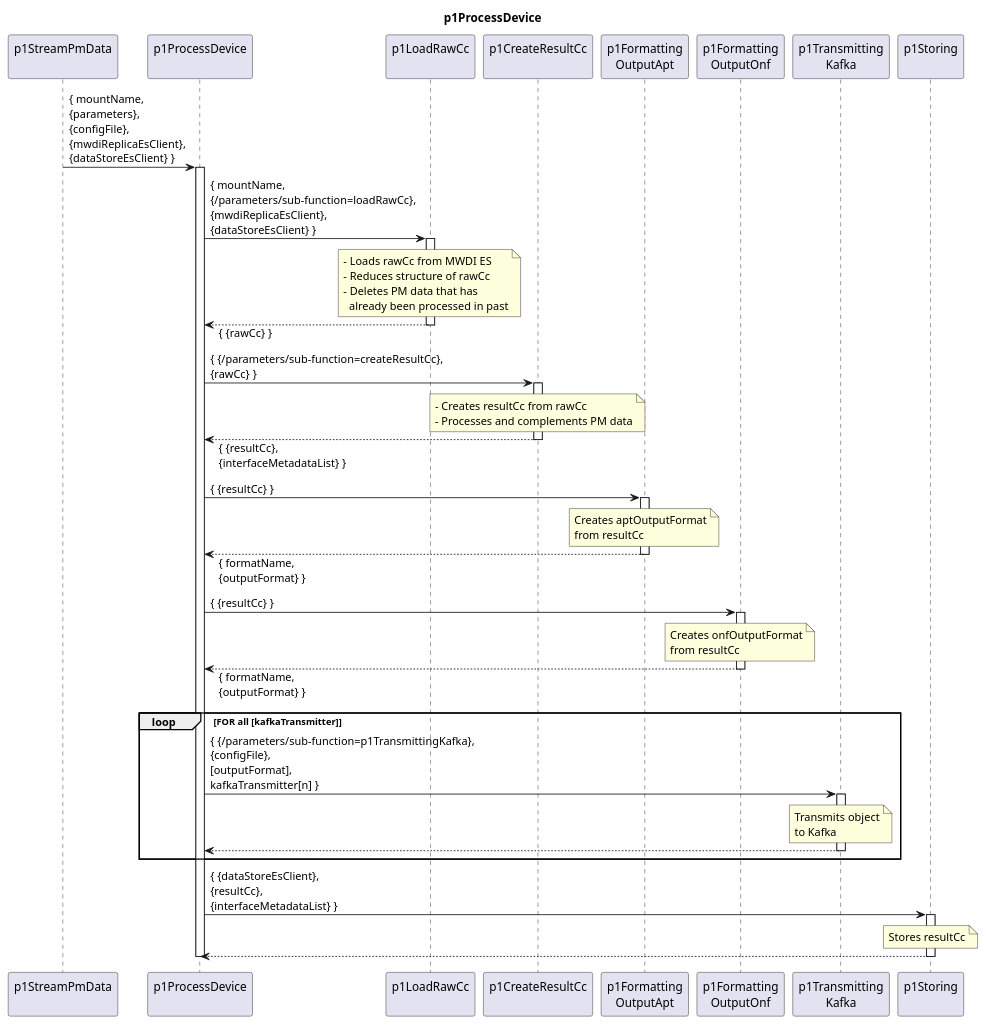
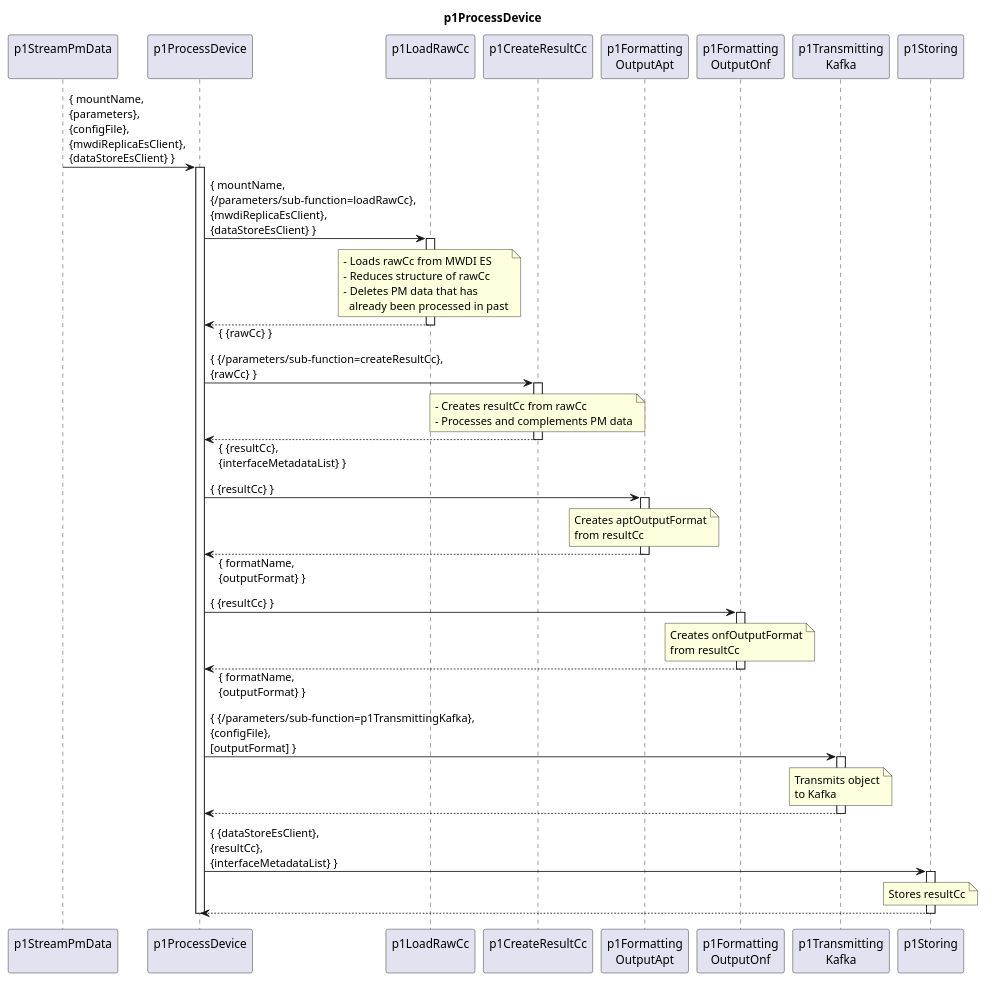
Before and after one commit to openBackhaul/DevicePerformanceManagementDataProcessor: the diagram in spec/Functions/p1StreamPmData/p1ProcessDevice/1.0.0/p1ProcessDevice.plantuml, drawn with PlantUML. The commit also changed 15 other files, not shown here.

```diff
--- a/spec/Functions/p1StreamPmData/p1ProcessDevice/1.0.0/p1ProcessDevice.plantuml
+++ b/spec/Functions/p1StreamPmData/p1ProcessDevice/1.0.0/p1ProcessDevice.plantuml
@@ -1,94 +1,90 @@
 @startuml p1ProcessDevice
 skinparam responseMessageBelowArrow true
 
 title
   p1ProcessDevice
 end title
 
 participant "p1StreamPmData\n" as requestor
 participant "p1ProcessDevice\n" as p1ProOrch
 participant "p1LoadRawCc\n" as p1AddRaw
 participant "p1CreateResultCc\n" as p1CRC
 participant "p1Formatting\nOutputApt" as p1OutputApt
 participant "p1Formatting\nOutputOnf" as p1OutputOnf
 participant "p1Transmitting\nKafka" as p1Trans
 participant "p1Storing\n" as p1Store
 
 
 requestor -> p1ProOrch : { mountName,\n{parameters},\n{configFile},\n{mwdiReplicaEsClient},\n{dataStoreEsClient} }
 activate p1ProOrch
 
   p1ProOrch -> p1AddRaw : { mountName,\n{/parameters/sub-function=loadRawCc},\n{mwdiReplicaEsClient},\n{dataStoreEsClient} }
   activate p1AddRaw
 
     note over p1AddRaw
       - Loads rawCc from MWDI ES
       - Reduces structure of rawCc
       - Deletes PM data that has
         already been processed in past
     end note
 
   p1ProOrch <-- p1AddRaw : { {rawCc} }
   deactivate p1AddRaw
 
   p1ProOrch -> p1CRC : { {/parameters/sub-function=createResultCc},\n{rawCc} }
   activate p1CRC
 
     note over p1CRC
       - Creates resultCc from rawCc
       - Processes and complements PM data
     end note
 
   p1ProOrch <-- p1CRC :  { {resultCc},\n{interfaceMetadataList} }
   deactivate p1CRC
 
   p1ProOrch -> p1OutputApt : { {resultCc} }
   activate p1OutputApt
 
     note over p1OutputApt
       Creates aptOutputFormat
       from resultCc
     end note
 
   p1ProOrch <-- p1OutputApt : { formatName,\n{outputFormat} }
   deactivate p1OutputApt
 
   p1ProOrch -> p1OutputOnf : { {resultCc} }
   activate p1OutputOnf
 
     note over p1OutputOnf
       Creates onfOutputFormat
       from resultCc
     end note
 
   p1ProOrch <-- p1OutputOnf : { formatName,\n{outputFormat} }
   deactivate p1OutputOnf
 
-  loop FOR all [kafkaTransmitter]
+  p1ProOrch -> p1Trans : { {/parameters/sub-function=p1TransmittingKafka},\n{configFile},\n[outputFormat] }
+  activate p1Trans
 
-    p1ProOrch -> p1Trans : { {/parameters/sub-function=p1TransmittingKafka},\n{configFile},\n[outputFormat],\nkafkaTransmitter[n] }
-    activate p1Trans
+    note over p1Trans
+      Transmits object
+      to Kafka
+    end note
 
-      note over p1Trans
-        Transmits object
-        to Kafka
-      end note
-
-    p1ProOrch <-- p1Trans
-    deactivate p1Trans
-
-  end loop
+  p1ProOrch <-- p1Trans
+  deactivate p1Trans
 
   p1ProOrch -> p1Store : { {dataStoreEsClient},\n{resultCc},\n{interfaceMetadataList} }
   activate p1Store
 
     note over p1Store
       Stores resultCc
     end note
 
   p1ProOrch <-- p1Store
   deactivate p1Store
 
 deactivate p1ProOrch
 
 @enduml
```
